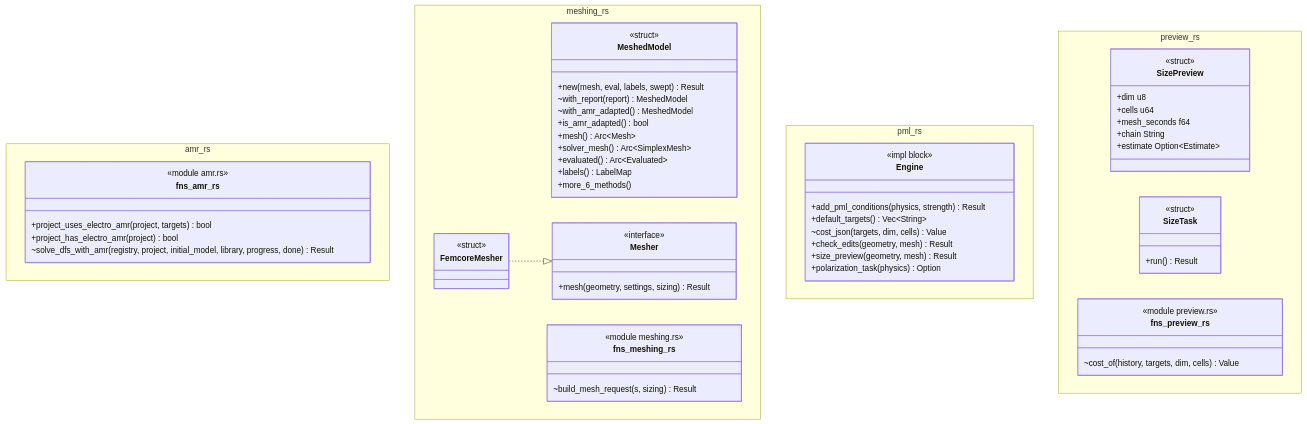
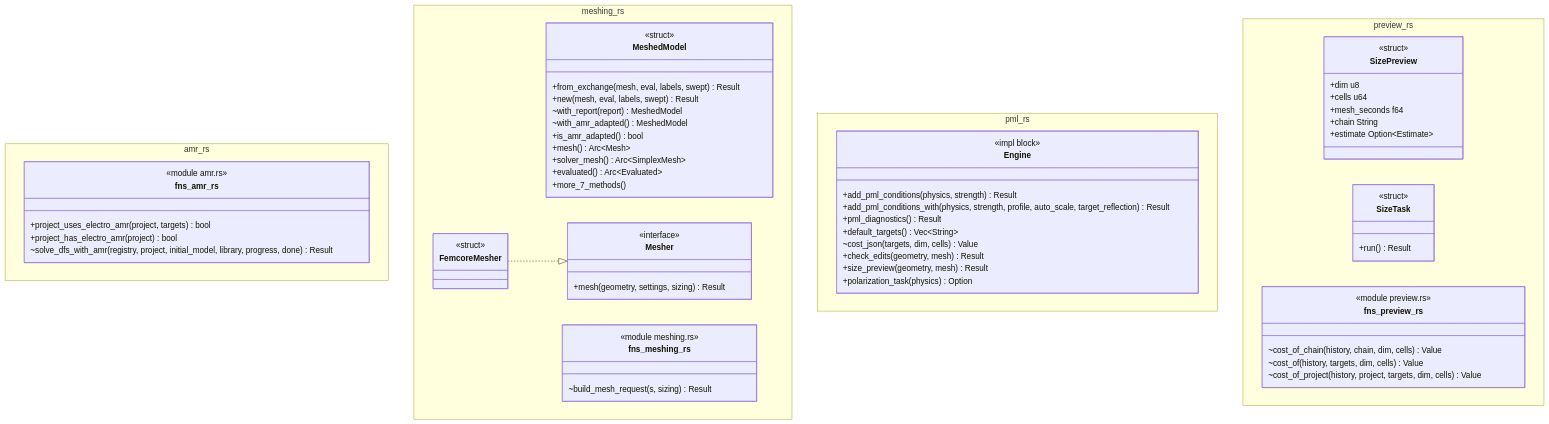
The diagram in docs/architecture/c4/4-code/engine/meshing.md (p-j-r/nyx), drawn with Mermaid before and after one commit. The commit also changed other lines of this file and 110 other files, not shown here.

````diff
--- a/docs/architecture/c4/4-code/engine/meshing.md
+++ b/docs/architecture/c4/4-code/engine/meshing.md
@@ -47,66 +47,70 @@
 ```mermaid
 classDiagram
   namespace amr_rs {
     class fns_amr_rs {
         <<module amr.rs>>
         +project_uses_electro_amr(project, targets) bool
         +project_has_electro_amr(project) bool
         ~solve_dfs_with_amr(registry, project, initial_model, library, progress, done) Result
     }
   }
   namespace meshing_rs {
     class MeshedModel {
         <<struct>>
+        +from_exchange(mesh, eval, labels, swept) Result
         +new(mesh, eval, labels, swept) Result
         ~with_report(report) MeshedModel
         ~with_amr_adapted() MeshedModel
         +is_amr_adapted() bool
         +mesh() Arc~Mesh~
         +solver_mesh() Arc~SimplexMesh~
         +evaluated() Arc~Evaluated~
-        +labels() LabelMap
-        +more_6_methods()
+        +more_7_methods()
     }
     class Mesher {
         <<interface>>
         +mesh(geometry, settings, sizing) Result
     }
     class FemcoreMesher {
         <<struct>>
     }
     class fns_meshing_rs {
         <<module meshing.rs>>
         ~build_mesh_request(s, sizing) Result
     }
   }
   namespace pml_rs {
     class Engine {
         <<impl block>>
         +add_pml_conditions(physics, strength) Result
+        +add_pml_conditions_with(physics, strength, profile, auto_scale, target_reflection) Result
+        +pml_diagnostics() Result
         +default_targets() Vec~String~
         ~cost_json(targets, dim, cells) Value
         +check_edits(geometry, mesh) Result
         +size_preview(geometry, mesh) Result
         +polarization_task(physics) Option
     }
   }
   namespace preview_rs {
     class SizePreview {
         <<struct>>
         +dim u8
         +cells u64
         +mesh_seconds f64
         +chain String
         +estimate Option~Estimate~
     }
     class SizeTask {
         <<struct>>
         +run() Result
     }
     class fns_preview_rs {
         <<module preview.rs>>
+        ~cost_of_chain(history, chain, dim, cells) Value
         ~cost_of(history, targets, dim, cells) Value
+        ~cost_of_project(history, project, targets, dim, cells) Value
     }
   }
   FemcoreMesher ..|> Mesher
 ```
````
